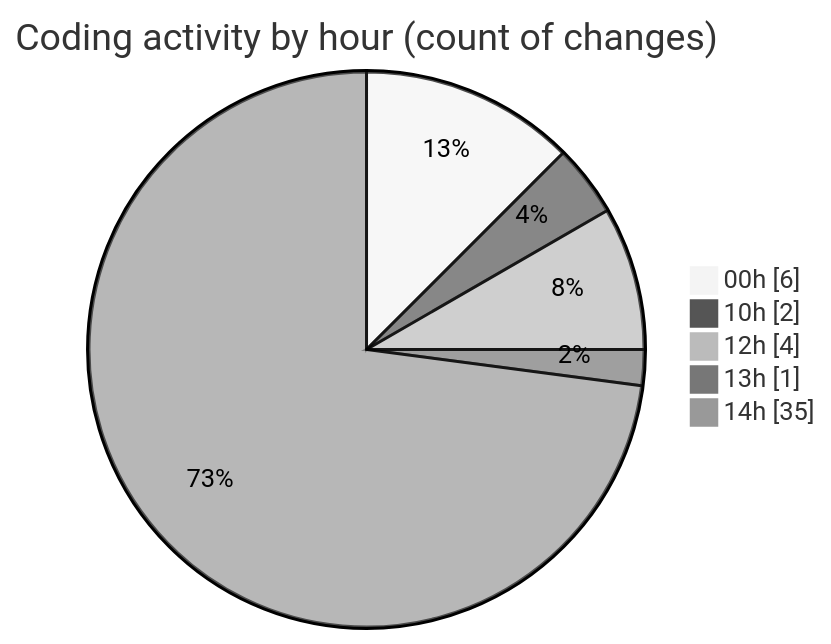
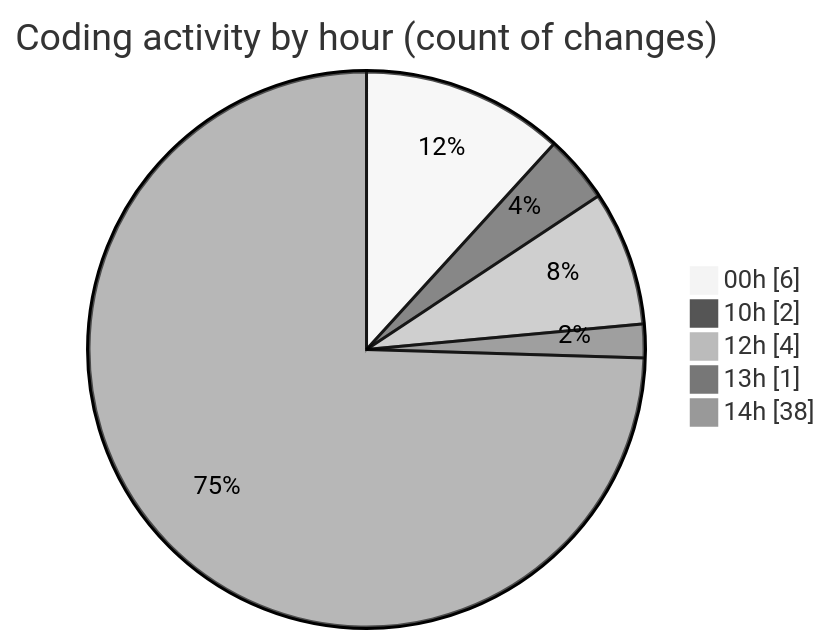
One commit to nxtqubesakshisongat/code-tracking changed the second of 2 diagrams in 2025-06-04/nxtqube_webapp/README.md. Above: the diagram before and after it, drawn with Mermaid (neutral theme). The commit also changed other lines of this file and 1 other file, not shown here.

````diff
--- a/2025-06-04/nxtqube_webapp/README.md
+++ b/2025-06-04/nxtqube_webapp/README.md
@@ -32,9 +33,9 @@
 ```mermaid
 pie showData
 title Coding activity by hour (count of changes)
 "00h" : 6
 "10h" : 2
 "12h" : 4
 "13h" : 1
-"14h" : 35
+"14h" : 38
 ```
````
